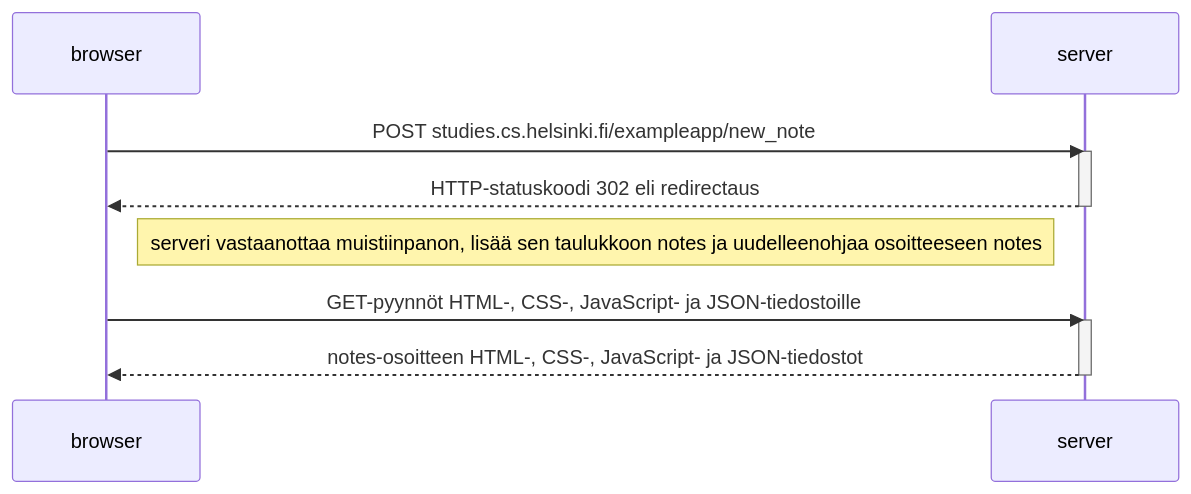
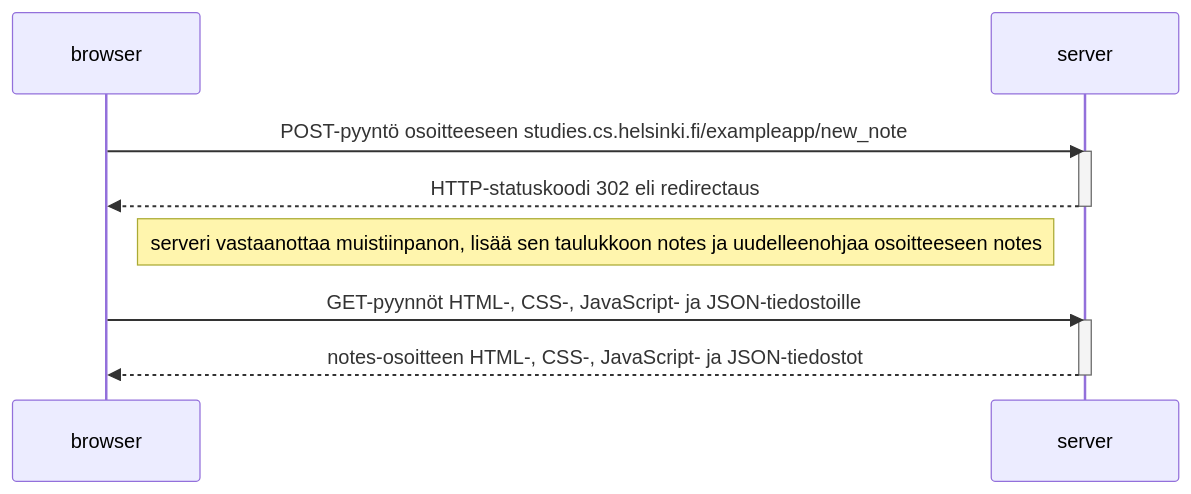
Before and after one commit to JoonasTMS86/fullstackopen_JoonasLindberg: the diagram in osa0/osa0.4.md, drawn with Mermaid.

````diff
--- a/osa0/osa0.4.md
+++ b/osa0/osa0.4.md
@@ -1,17 +1,17 @@
 ```mermaid
 sequenceDiagram
     participant browser
     participant server
     
-    browser->>server: POST studies.cs.helsinki.fi/exampleapp/new_note
+    browser->>server: POST-pyyntö osoitteeseen studies.cs.helsinki.fi/exampleapp/new_note
     activate server
     server-->>browser: HTTP-statuskoodi 302 eli redirectaus
     deactivate server
     
     Note right of browser: serveri vastaanottaa muistiinpanon, lisää sen taulukkoon notes ja uudelleenohjaa osoitteeseen notes
 
     browser->>server: GET-pyynnöt HTML-, CSS-, JavaScript- ja JSON-tiedostoille
     activate server
     server-->>browser: notes-osoitteen HTML-, CSS-, JavaScript- ja JSON-tiedostot
     deactivate server
 ```
````
